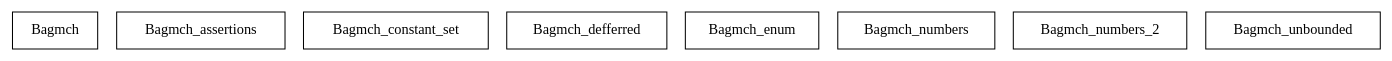
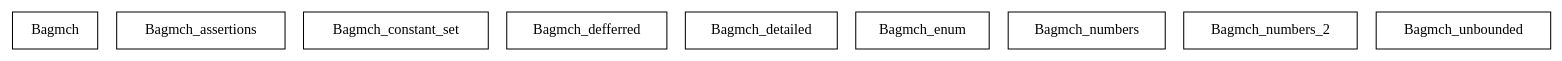
One commit to agata-borkowska-clark/dissertation changed the diagram in Test_scenarios/bdp/Test_scenarios.dot. Above: the diagram before and after it, drawn with Graphviz. The commit also changed 70 other files, not shown here.

```diff
--- a/Test_scenarios/bdp/Test_scenarios.dot
+++ b/Test_scenarios/bdp/Test_scenarios.dot
@@ -1,11 +1,12 @@
 digraph {
 Bagmch [ label=" Bagmch " shape= box ]
 Bagmch_assertions [ label=" Bagmch_assertions " shape= box ]
 Bagmch_constant_set [ label=" Bagmch_constant_set " shape= box ]
 Bagmch_defferred [ label=" Bagmch_defferred " shape= box ]
+Bagmch_detailed [ label=" Bagmch_detailed " shape= box ]
 Bagmch_enum [ label=" Bagmch_enum " shape= box ]
 Bagmch_numbers [ label=" Bagmch_numbers " shape= box ]
 Bagmch_numbers_2 [ label=" Bagmch_numbers_2 " shape= box ]
 Bagmch_unbounded [ label=" Bagmch_unbounded " shape= box ]
 
 }
```
